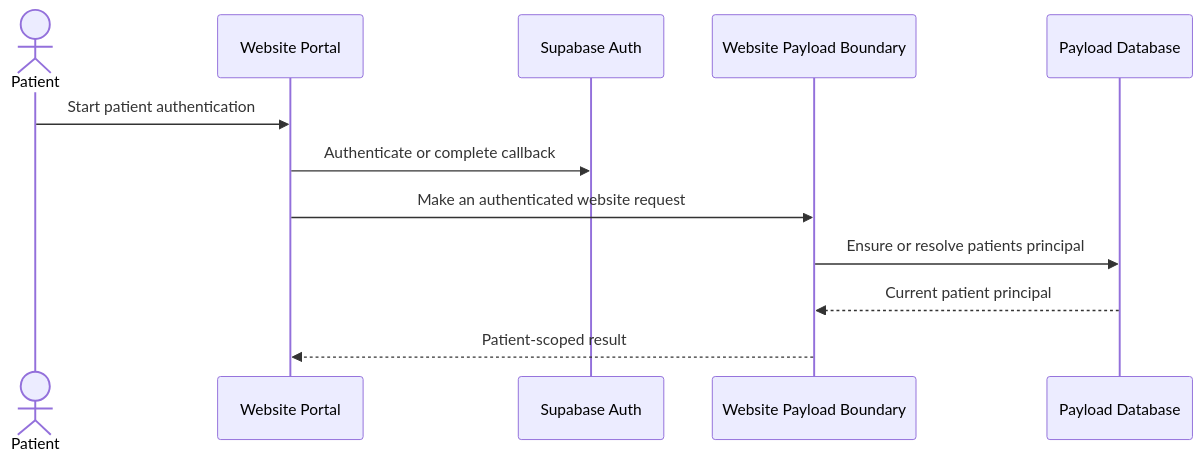
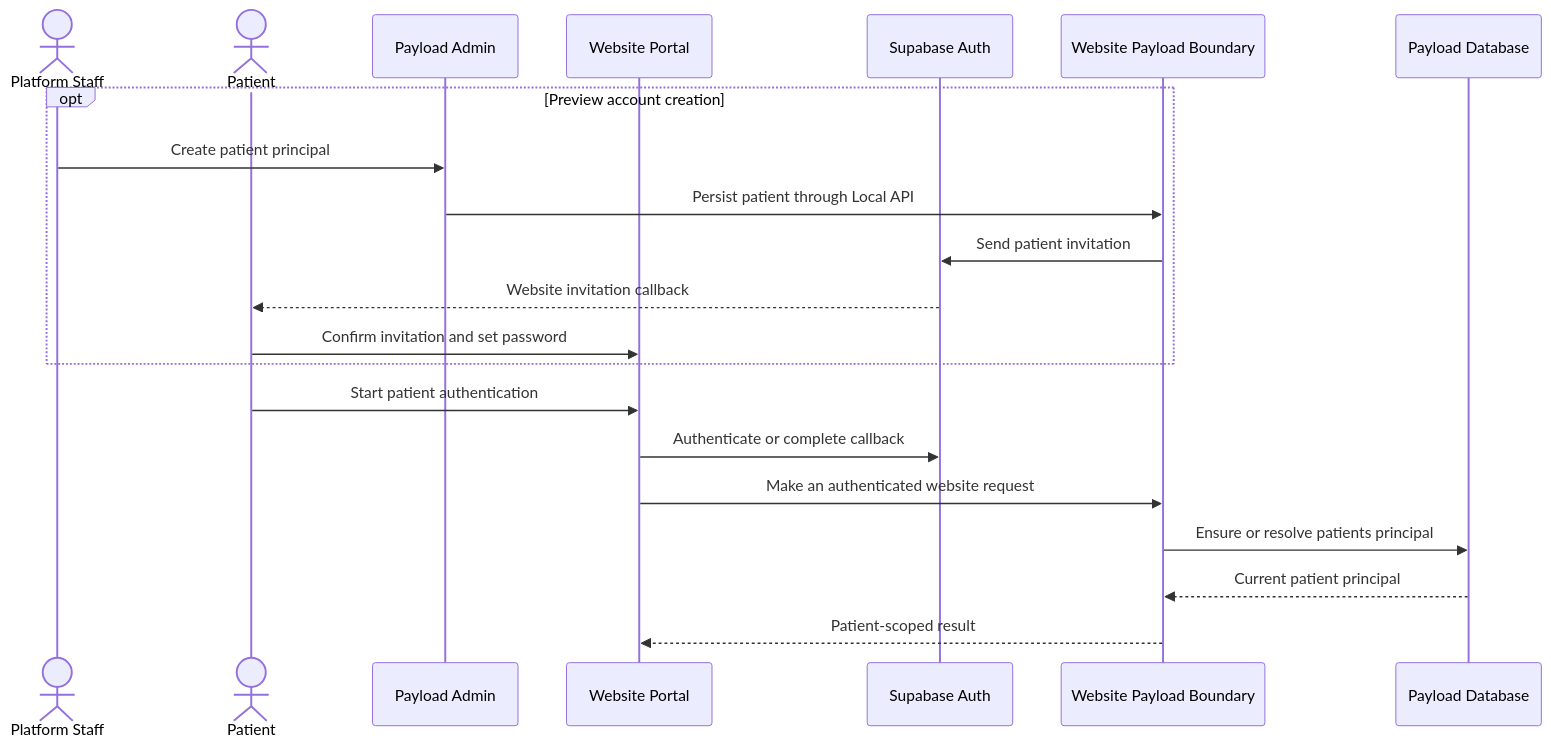
The fourth of 4 diagrams in docs/security/auth-flow-diagram.md (findmydoc-platform/website), drawn with Mermaid before and after one commit. The commit also changed other lines of this file and 16 other files, not shown here.

Commit message:
fix(auth): restore preview patient access

````diff
--- a/docs/security/auth-flow-diagram.md
+++ b/docs/security/auth-flow-diagram.md
@@ -94,15 +94,24 @@
 ```mermaid
 sequenceDiagram
+    actor Platform as Platform Staff
     actor Patient
+    participant Admin as Payload Admin
     participant Portal as Website Portal
     participant Supabase as Supabase Auth
     participant Payload as Website Payload Boundary
     participant DB as Payload Database
 
+    opt Preview account creation
+        Platform->>Admin: Create patient principal
+        Admin->>Payload: Persist patient through Local API
+        Payload->>Supabase: Send patient invitation
+        Supabase-->>Patient: Website invitation callback
+        Patient->>Portal: Confirm invitation and set password
+    end
     Patient->>Portal: Start patient authentication
     Portal->>Supabase: Authenticate or complete callback
     Portal->>Payload: Make an authenticated website request
     Payload->>DB: Ensure or resolve patients principal
     DB-->>Payload: Current patient principal
     Payload-->>Portal: Patient-scoped result
 ```
````
